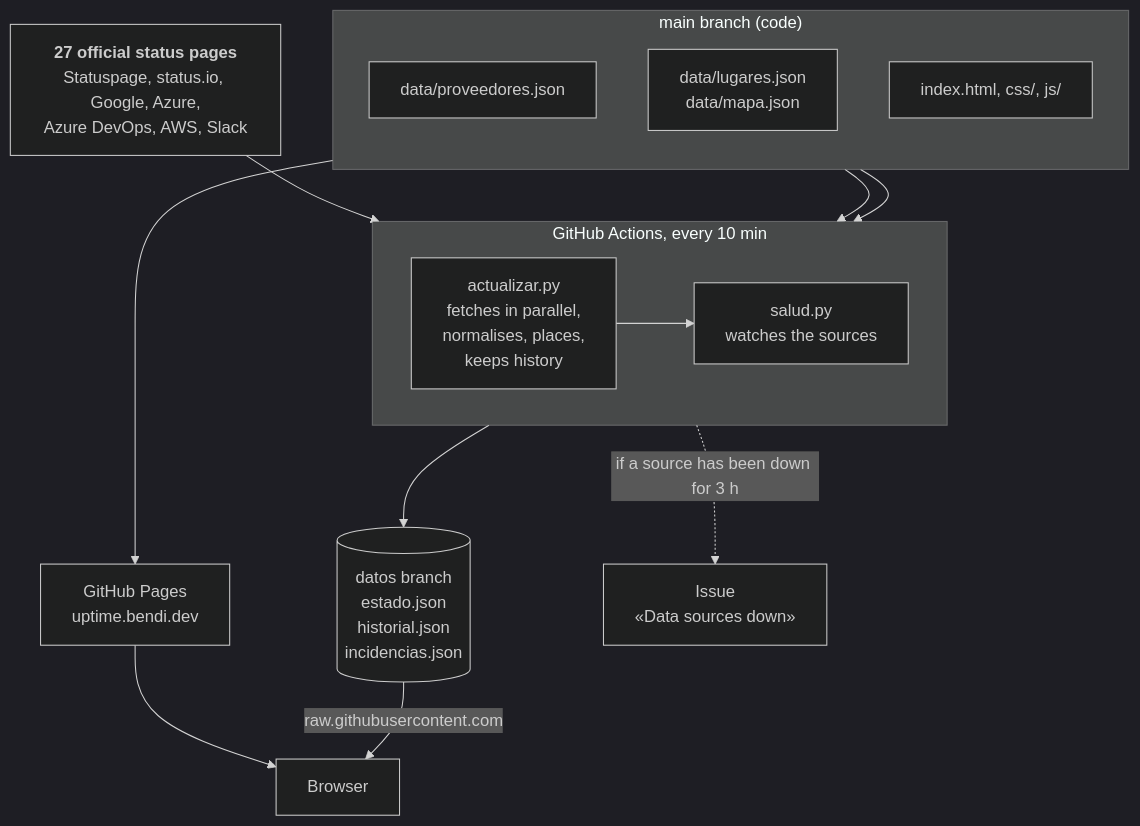
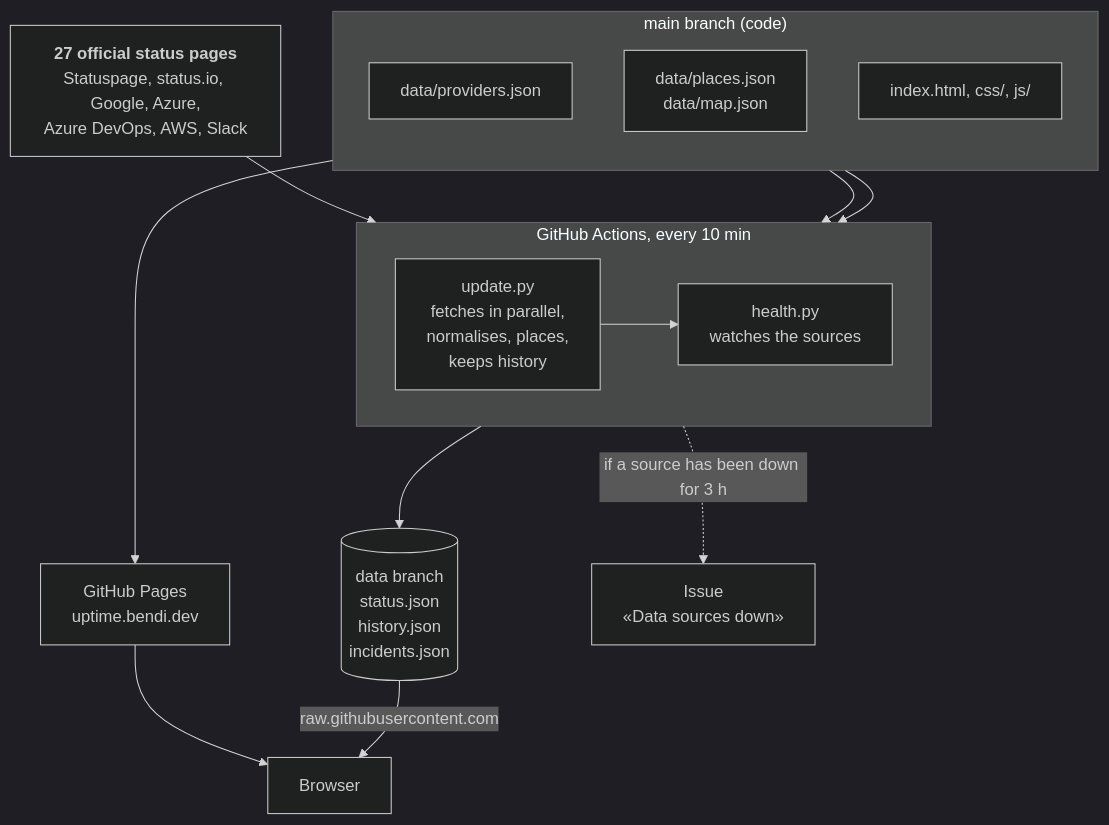
One commit to serbenda/uptime changed the second of 6 diagrams in README.md. Above: the diagram before and after it, drawn with Mermaid (dark theme). The commit also changed other lines of this file and 44 other files, not shown here.

First line of the commit message:
Translate all the code to English and rename the datos branch to data

````diff
--- a/README.md
+++ b/README.md
@@ -578,32 +578,32 @@
 ```mermaid
 flowchart TB
-  Fuentes["<b>27 official status pages</b><br/>Statuspage, status.io, Google, Azure,<br/>Azure DevOps, AWS, Slack"]
+  Sources["<b>27 official status pages</b><br/>Statuspage, status.io, Google, Azure,<br/>Azure DevOps, AWS, Slack"]
 
   subgraph Actions["GitHub Actions, every 10 min"]
     direction LR
-    A1["actualizar.py<br/>fetches in parallel,<br/>normalises, places,<br/>keeps history"]
-    A2["salud.py<br/>watches the sources"]
+    A1["update.py<br/>fetches in parallel,<br/>normalises, places,<br/>keeps history"]
+    A2["health.py<br/>watches the sources"]
     A1 --> A2
   end
 
   subgraph Main["main branch (code)"]
     direction TB
-    Conf["data/proveedores.json"]
-    Geo["data/lugares.json<br/>data/mapa.json"]
+    Conf["data/providers.json"]
+    Geo["data/places.json<br/>data/map.json"]
     Web["index.html, css/, js/"]
   end
 
-  Datos[("datos branch<br/>estado.json<br/>historial.json<br/>incidencias.json")]
+  Data[("data branch<br/>status.json<br/>history.json<br/>incidents.json")]
   Pages["GitHub Pages<br/>uptime.bendi.dev"]
   Issue["Issue<br/>«Data sources down»"]
   Nav["Browser"]
 
-  Fuentes --> A1
+  Sources --> A1
   Conf --> A1
   Geo --> A1
-  A1 --> Datos
+  A1 --> Data
   A2 -. if a source has been down for 3 h .-> Issue
   Main --> Pages
   Pages --> Nav
-  Datos -- raw.githubusercontent.com --> Nav
+  Data -- raw.githubusercontent.com --> Nav
 ```
````
